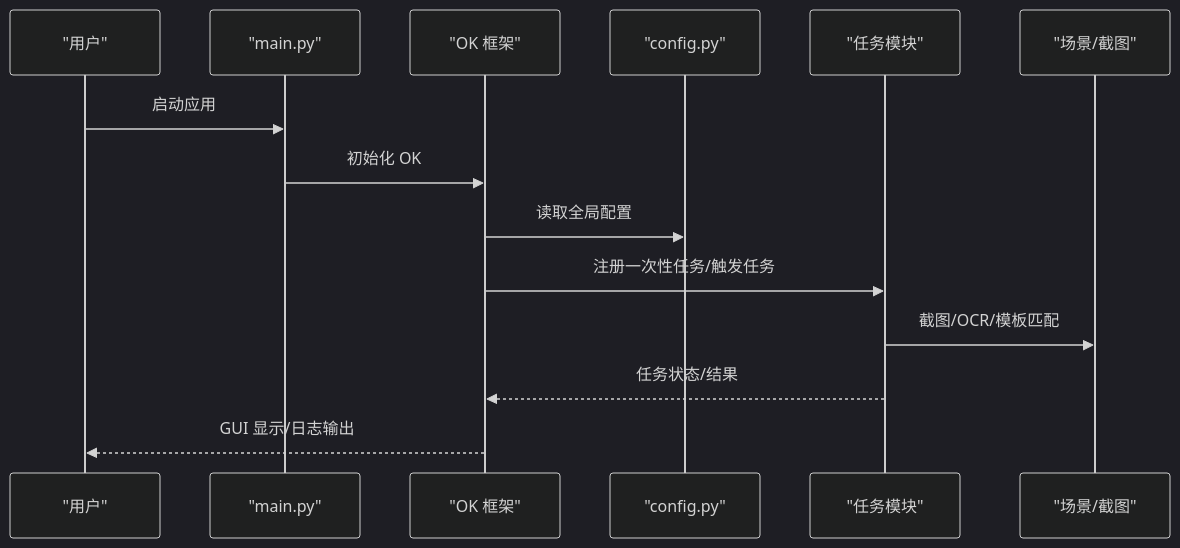
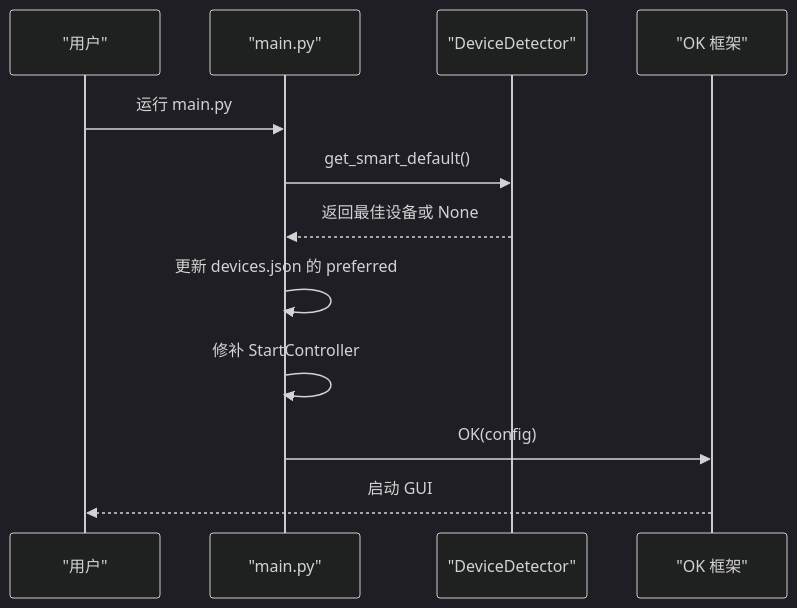
One commit to xsy098-max/ok-jump changed the third of 6 diagrams in .qoder/repowiki/zh/content/快速开始.md. Above: the diagram before and after it, drawn with Mermaid (dark theme). The commit also changed other lines of this file and 82 other files, not shown here.

First line of the commit message:
更新: 添加自动教程模块、清理截图文件、更新配置

````diff
--- a/.qoder/repowiki/zh/content/快速开始.md
+++ b/.qoder/repowiki/zh/content/快速开始.md
@@ -77,16 +147,14 @@
 ```mermaid
 sequenceDiagram
-participant U as "用户"
-participant M as "main.py"
-participant O as "OK 框架"
-participant C as "config.py"
-participant T as "任务模块"
-participant S as "场景/截图"
-U->>M : 启动应用
-M->>O : 初始化 OK
-O->>C : 读取全局配置
-O->>T : 注册一次性任务/触发任务
-T->>S : 截图/OCR/模板匹配
-T-->>O : 任务状态/结果
-O-->>U : GUI 显示/日志输出
+participant User as "用户"
+participant Main as "main.py"
+participant Detector as "DeviceDetector"
+participant OK as "OK 框架"
+User->>Main : 运行 main.py
+Main->>Detector : get_smart_default()
+Detector-->>Main : 返回最佳设备或 None
+Main->>Main : 更新 devices.json 的 preferred
+Main->>Main : 修补 StartController
+Main->>OK : OK(config)
+OK-->>User : 启动 GUI
 ```
````
